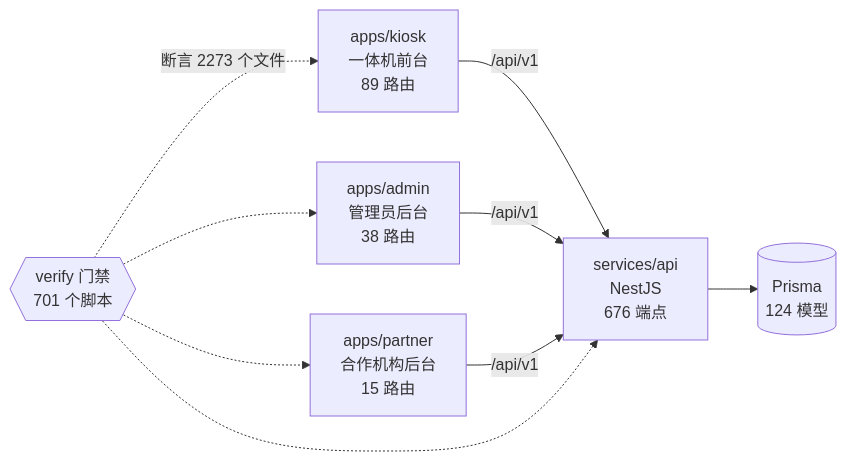
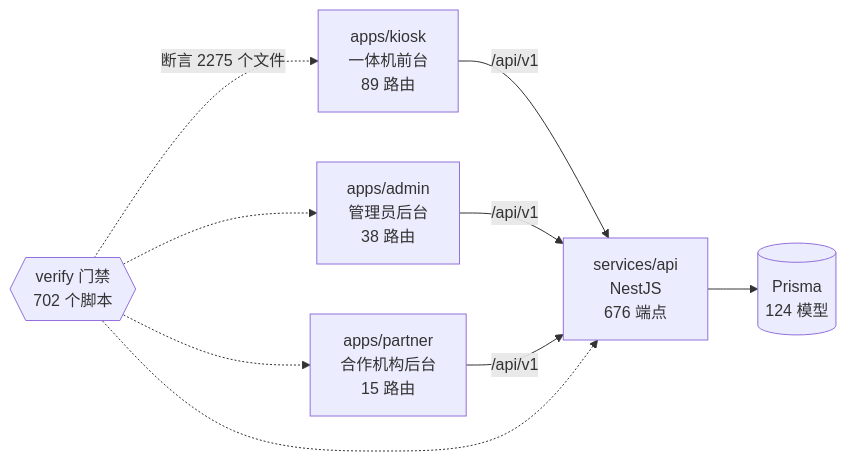
Before and after one commit to wanglei581/YITIJI: the diagram in docs/graph/README.md, drawn with Mermaid. The commit also changed other lines of this file and 6 other files, not shown here.

Commit message:
P2e-3(8): 同步进度文档与项目图谱

````diff
--- a/docs/graph/README.md
+++ b/docs/graph/README.md
@@ -68,18 +68,18 @@
 ```mermaid
 flowchart LR
   kiosk["apps/kiosk<br/>一体机前台<br/>89 路由"]
   admin["apps/admin<br/>管理员后台<br/>38 路由"]
   partner["apps/partner<br/>合作机构后台<br/>15 路由"]
   api["services/api<br/>NestJS<br/>676 端点"]
   db[("Prisma<br/>124 模型")]
-  gates{{"verify 门禁<br/>701 个脚本"}}
+  gates{{"verify 门禁<br/>702 个脚本"}}
 
   kiosk -->|"/api/v1"| api
   admin -->|"/api/v1"| api
   partner -->|"/api/v1"| api
   api --> db
-  gates -.->|"断言 2273 个文件"| kiosk
+  gates -.->|"断言 2275 个文件"| kiosk
   gates -.-> admin
   gates -.-> partner
   gates -.-> api
 ```
````
